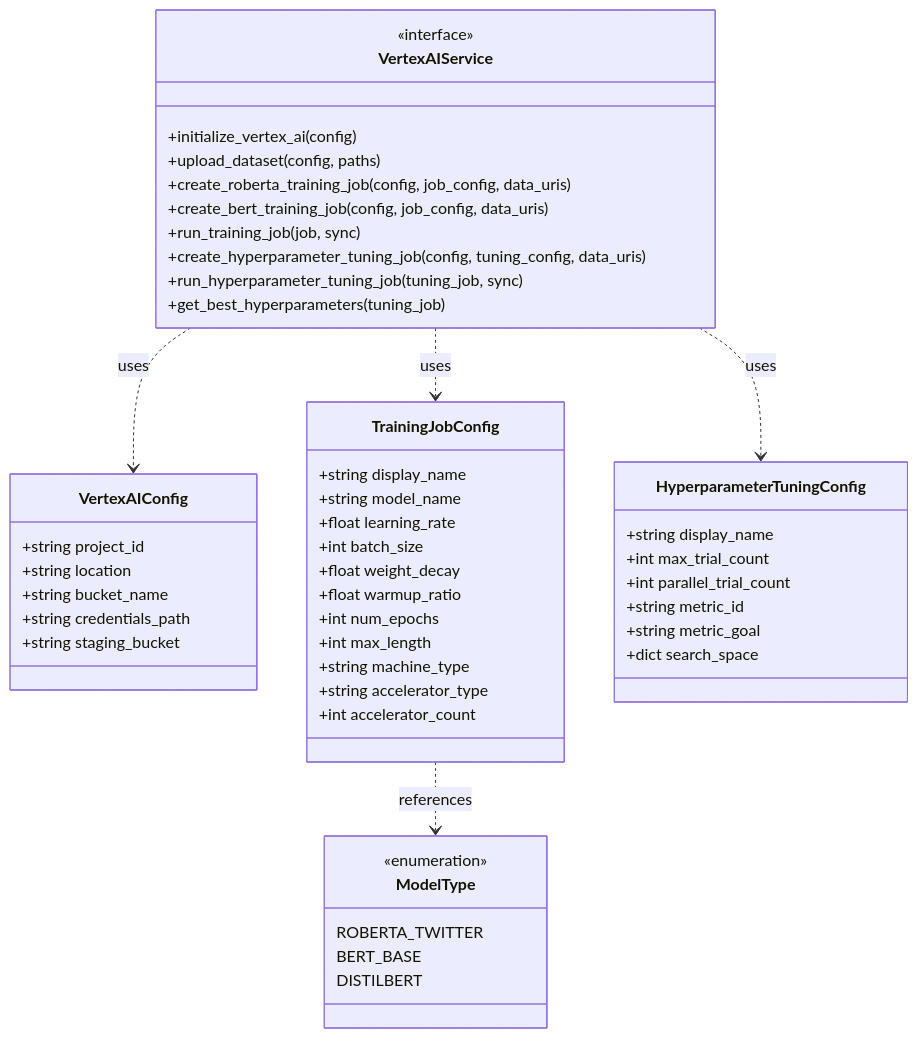
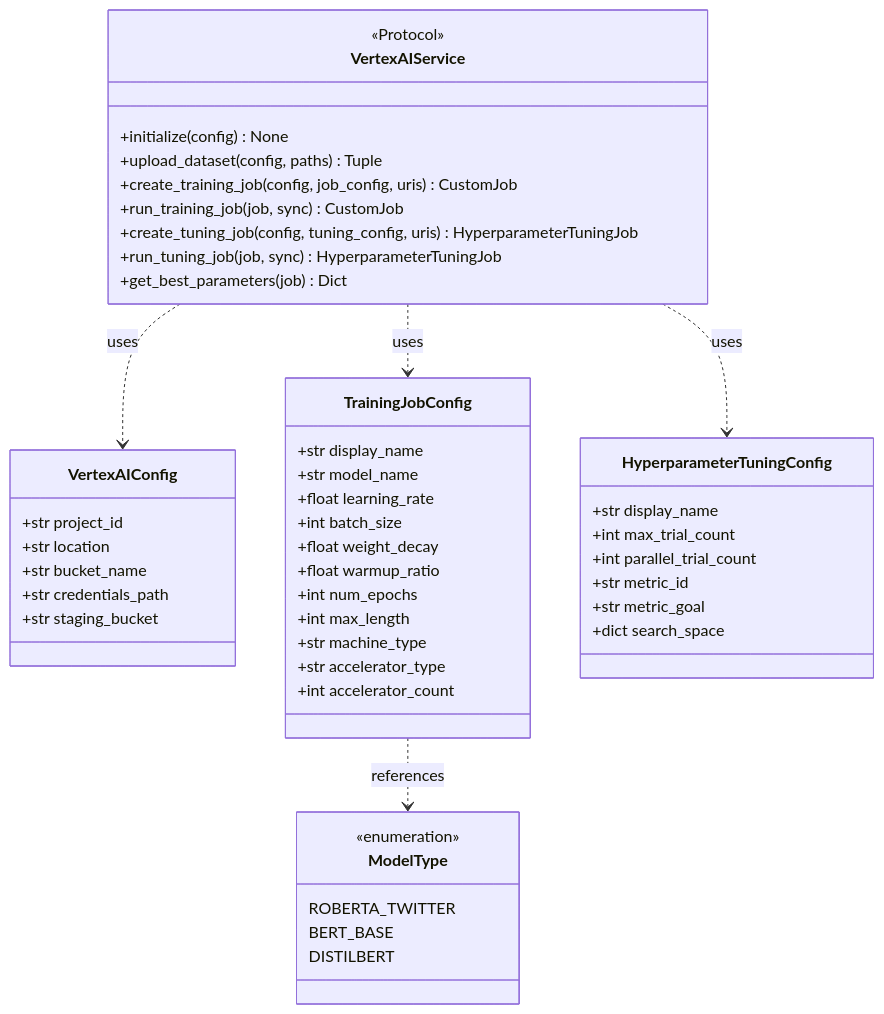
One commit to gpsaggese/gpsaggese.github.io changed the first of 2 diagrams in class_project/MSML610/Fall2025/Projects/UmdTask79_Fall2025_Vertex_AI_Sentiment_Analysis_on_Social_Media_Posts/vertex_ai.API.md. Above: the diagram before and after it, drawn with Mermaid. The commit also changed other lines of this file and 2 other files, not shown here.

````diff
--- a/class_project/MSML610/Fall2025/Projects/UmdTask79_Fall2025_Vertex_AI_Sentiment_Analysis_on_Social_Media_Posts/vertex_ai.API.md
+++ b/class_project/MSML610/Fall2025/Projects/UmdTask79_Fall2025_Vertex_AI_Sentiment_Analysis_on_Social_Media_Posts/vertex_ai.API.md
@@ -25,57 +20,56 @@
 ```mermaid
 classDiagram
     class VertexAIConfig {
-        +string project_id
-        +string location
-        +string bucket_name
-        +string credentials_path
-        +string staging_bucket
+        +str project_id
+        +str location
+        +str bucket_name
+        +str credentials_path
+        +str staging_bucket
     }
-
+    
     class TrainingJobConfig {
-        +string display_name
-        +string model_name
+        +str display_name
+        +str model_name
         +float learning_rate
         +int batch_size
         +float weight_decay
         +float warmup_ratio
         +int num_epochs
         +int max_length
-        +string machine_type
-        +string accelerator_type
+        +str machine_type
+        +str accelerator_type
         +int accelerator_count
     }
-
+    
     class HyperparameterTuningConfig {
-        +string display_name
+        +str display_name
         +int max_trial_count
         +int parallel_trial_count
-        +string metric_id
-        +string metric_goal
+        +str metric_id
+        +str metric_goal
         +dict search_space
     }
-
+    
     class ModelType {
         <<enumeration>>
         ROBERTA_TWITTER
         BERT_BASE
         DISTILBERT
     }
-
+    
     class VertexAIService {
-        <<interface>>
-        +initialize_vertex_ai(config)
-        +upload_dataset(config, paths)
-        +create_roberta_training_job(config, job_config, data_uris)
-        +create_bert_training_job(config, job_config, data_uris)
-        +run_training_job(job, sync)
-        +create_hyperparameter_tuning_job(config, tuning_config, data_uris)
-        +run_hyperparameter_tuning_job(tuning_job, sync)
-        +get_best_hyperparameters(tuning_job)
+        <<Protocol>>
+        +initialize(config) None
+        +upload_dataset(config, paths) Tuple
+        +create_training_job(config, job_config, uris) CustomJob
+        +run_training_job(job, sync) CustomJob
+        +create_tuning_job(config, tuning_config, uris) HyperparameterTuningJob
+        +run_tuning_job(job, sync) HyperparameterTuningJob
+        +get_best_parameters(job) Dict
     }
-
+    
     VertexAIService ..> VertexAIConfig : uses
     VertexAIService ..> TrainingJobConfig : uses
     VertexAIService ..> HyperparameterTuningConfig : uses
     TrainingJobConfig ..> ModelType : references
 ```
````
